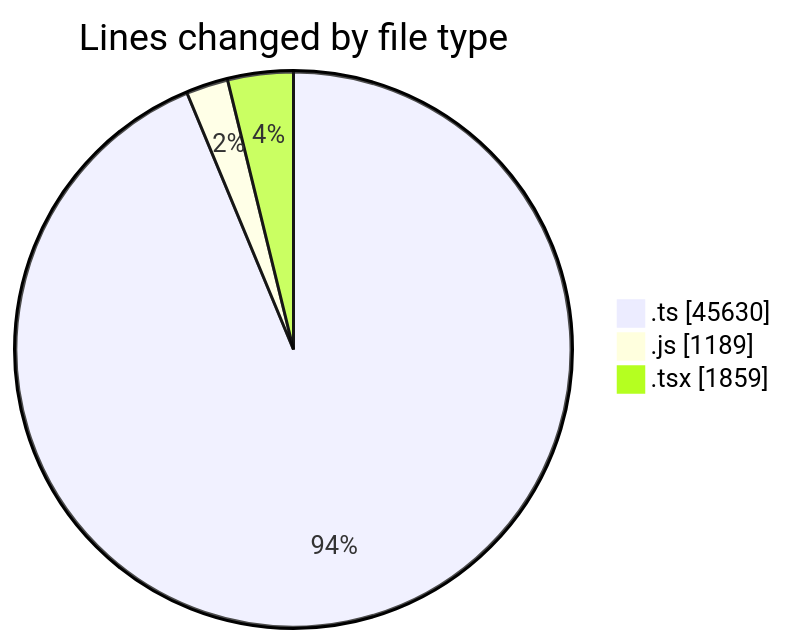
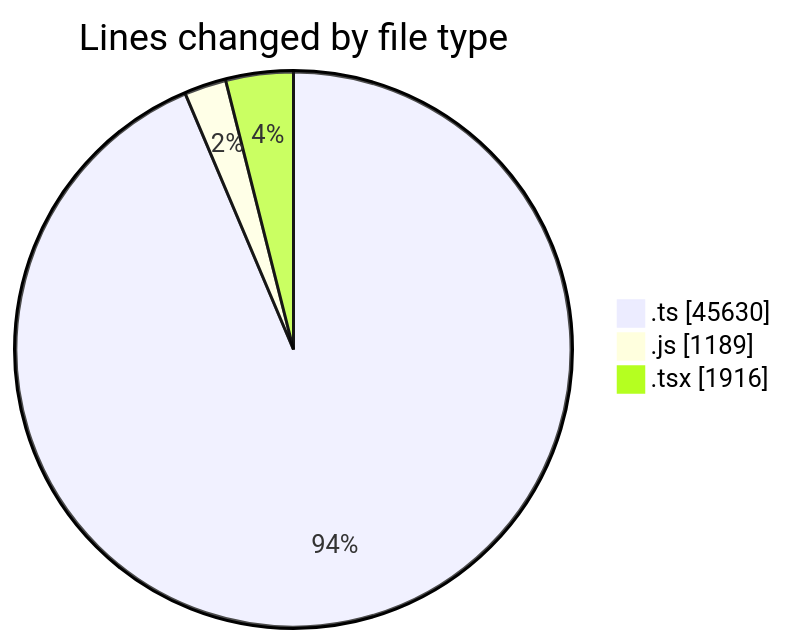
One commit to momahboobian/code-tracking changed the first of 2 diagrams in 2026-11-03/cda/README.md. Above: the diagram before and after it, drawn with Mermaid. The commit also changed other lines of this file and 1 other file, not shown here.

````diff
--- a/2026-11-03/cda/README.md
+++ b/2026-11-03/cda/README.md
@@ -44,7 +44,7 @@
 ```mermaid
 pie showData
 title Lines changed by file type
 ".ts" : 45630
 ".js" : 1189
-".tsx" : 1859
+".tsx" : 1916
 ```
````
